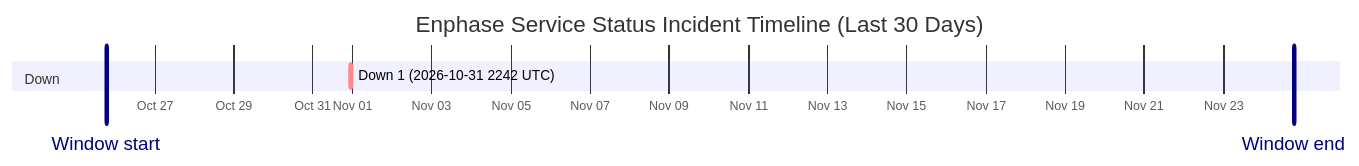
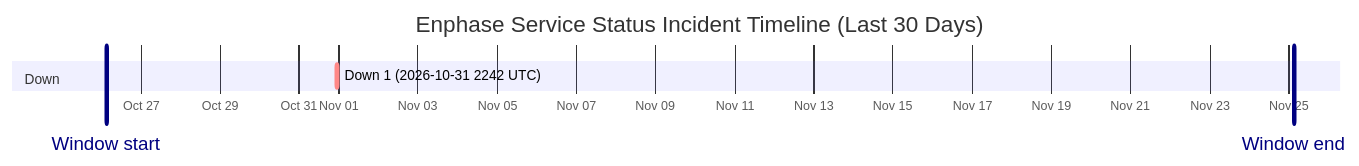
The diagram in wiki/Service-Status-History.md (barneyonline/ha-enphase-energy), drawn with Mermaid before and after one commit. The commit also changed other lines of this file and 3 other files, not shown here.

````diff
--- a/wiki/Service-Status-History.md
+++ b/wiki/Service-Status-History.md
@@ -14,10 +14,10 @@
 ```mermaid
 gantt
     title Enphase Service Status Incident Timeline (Last 30 Days)
     dateFormat  YYYY-MM-DDTHH:mm:ss
     axisFormat  %b %d
-    Window start :vert, window-start, 2026-10-25T18:38:41, 0ms
-    Window end :vert, window-end, 2026-11-24T18:38:41, 0ms
+    Window start :vert, window-start, 2026-10-26T02:55:52, 0ms
+    Window end :vert, window-end, 2026-11-25T02:55:52, 0ms
     section Down
     Down 1 (2026-10-31 2242 UTC) :crit, down-1, 2026-10-31T22:42:18, 60m
 ```
````
